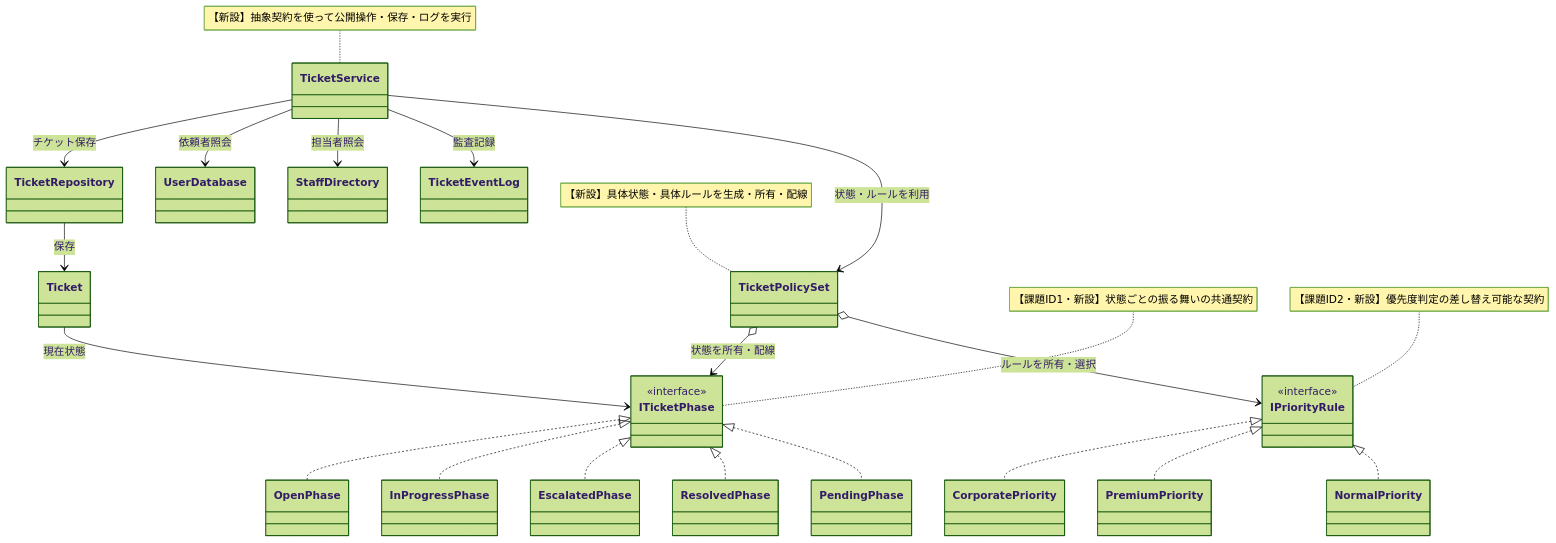
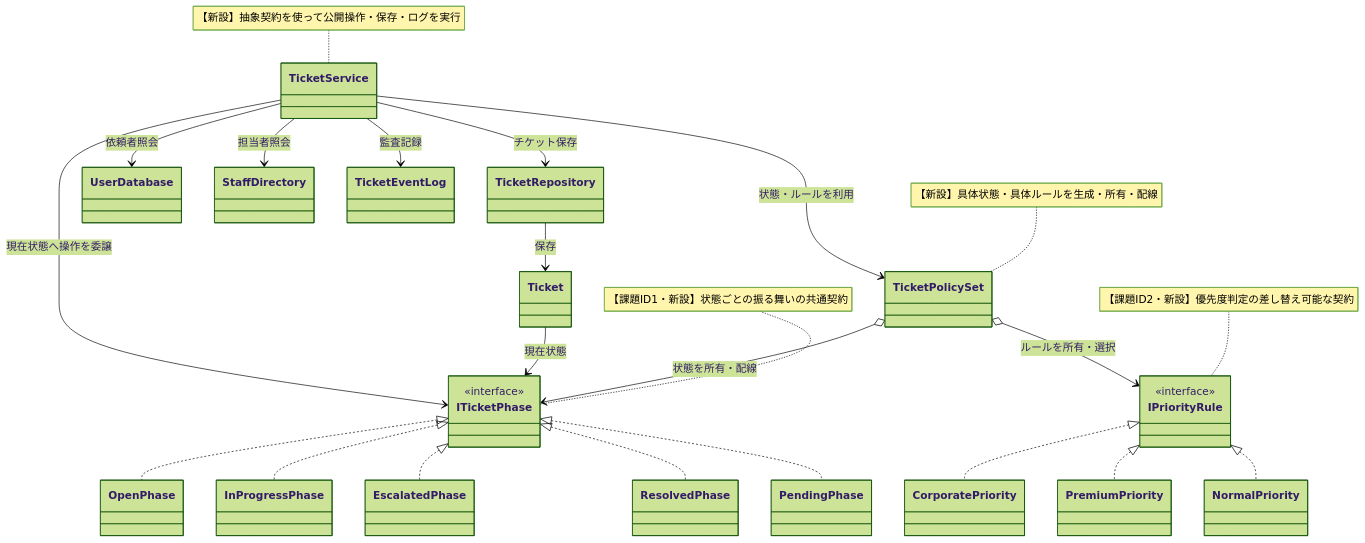
Before and after one commit to kumachan1101-pixel/DesignPattern: diagram 14 of 20 in kindle/design-patterns/output/chapter09_2.md, drawn with Mermaid (forest theme). The commit also changed other lines of this file and 1 other file, not shown here.

First line of the commit message:
LOGIC-005完了：図の辺をコードの実態へ付け替え（第4・9章, #62）

````diff
--- a/kindle/design-patterns/output/chapter09_2.md
+++ b/kindle/design-patterns/output/chapter09_2.md
@@ -1843,45 +1844,46 @@
 ```mermaid
 classDiagram
     class TicketService
     class TicketPolicySet
     class TicketRepository
     class UserDatabase
     class StaffDirectory
     class TicketEventLog
     class Ticket
     class ITicketPhase { <<interface>> }
     class OpenPhase
     class InProgressPhase
     class EscalatedPhase
     class ResolvedPhase
     class PendingPhase
     class IPriorityRule { <<interface>> }
     class CorporatePriority
     class PremiumPriority
     class NormalPriority
     TicketService --> TicketRepository : チケット保存
     TicketService --> UserDatabase : 依頼者照会
     TicketService --> StaffDirectory : 担当者照会
     TicketService --> TicketEventLog : 監査記録
     TicketService --> TicketPolicySet : 状態・ルールを利用
     TicketPolicySet o--> ITicketPhase : 状態を所有・配線
     TicketPolicySet o--> IPriorityRule : ルールを所有・選択
     TicketRepository --> Ticket : 保存
     Ticket --> ITicketPhase : 現在状態
+    TicketService --> ITicketPhase : 現在状態へ操作を委譲
     ITicketPhase <|.. OpenPhase
     ITicketPhase <|.. InProgressPhase
     ITicketPhase <|.. EscalatedPhase
     ITicketPhase <|.. ResolvedPhase
     ITicketPhase <|.. PendingPhase
     IPriorityRule <|.. CorporatePriority
     IPriorityRule <|.. PremiumPriority
     IPriorityRule <|.. NormalPriority
 
     note for ITicketPhase "【課題ID1・新設】状態ごとの振る舞いの共通契約"
     note for IPriorityRule "【課題ID2・新設】優先度判定の差し替え可能な契約"
     note for TicketPolicySet "【新設】具体状態・具体ルールを生成・所有・配線"
     note for TicketService "【新設】抽象契約を使って公開操作・保存・ログを実行"
 
     classDef focus fill:#FFF2CC,stroke:#D6B656,stroke-width:2px,color:#222222
     cssClass "TicketService,TicketPolicySet,ITicketPhase,OpenPhase,InProgressPhase,EscalatedPhase,ResolvedPhase,PendingPhase,IPriorityRule,CorporatePriority,PremiumPriority,NormalPriority" focus
 ```
````
